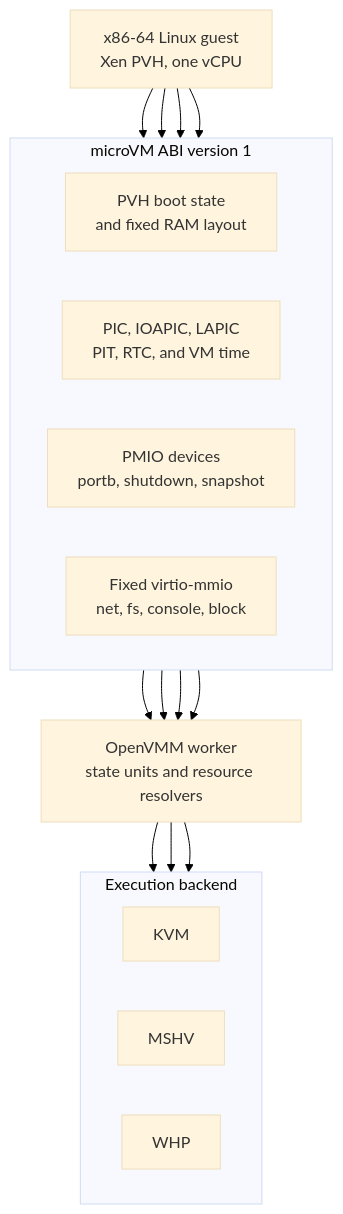
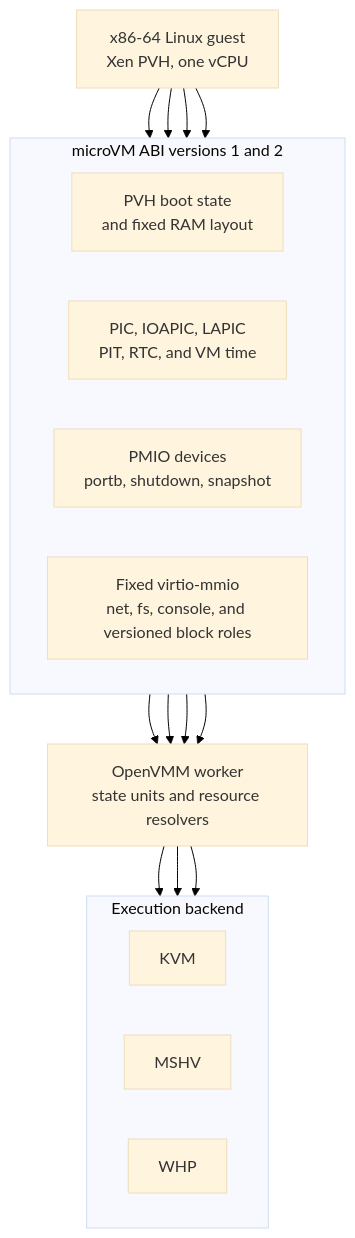
One commit to microsoft/nvx changed the third of 7 diagrams in doc/design.md. Above: the diagram before and after it, drawn with Mermaid. The commit also changed other lines of this file and 3 other files, not shown here.

````diff
--- a/doc/design.md
+++ b/doc/design.md
@@ -211,34 +224,34 @@
 ```mermaid
 %%{init: {"theme": "base", "themeVariables": {"background": "#ffffff"}}}%%
 flowchart TB
    Guest["x86-64 Linux guest<br/>Xen PVH, one vCPU"]
 
-   subgraph Abi["microVM ABI version 1"]
+   subgraph Abi["microVM ABI versions 1 and 2"]
       direction LR
       Boot["PVH boot state<br/>and fixed RAM layout"]
       Interrupts["PIC, IOAPIC, LAPIC<br/>PIT, RTC, and VM time"]
       Pmio["PMIO devices<br/>portb, shutdown, snapshot"]
-      Virtio["Fixed virtio-mmio<br/>net, fs, console, block"]
+      Virtio["Fixed virtio-mmio<br/>net, fs, console, and versioned block roles"]
    end
 
    Common["OpenVMM worker<br/>state units and resource resolvers"]
 
    subgraph Backends["Execution backend"]
       direction LR
       KvmBackend["KVM"]
       MshvBackend["MSHV"]
       WhpBackend["WHP"]
    end
 
    Guest --> Boot
    Guest --> Interrupts
    Guest --> Pmio
    Guest --> Virtio
    Boot --> Common
    Interrupts --> Common
    Pmio --> Common
    Virtio --> Common
    Common --> KvmBackend
    Common --> MshvBackend
    Common --> WhpBackend
 ```
````
